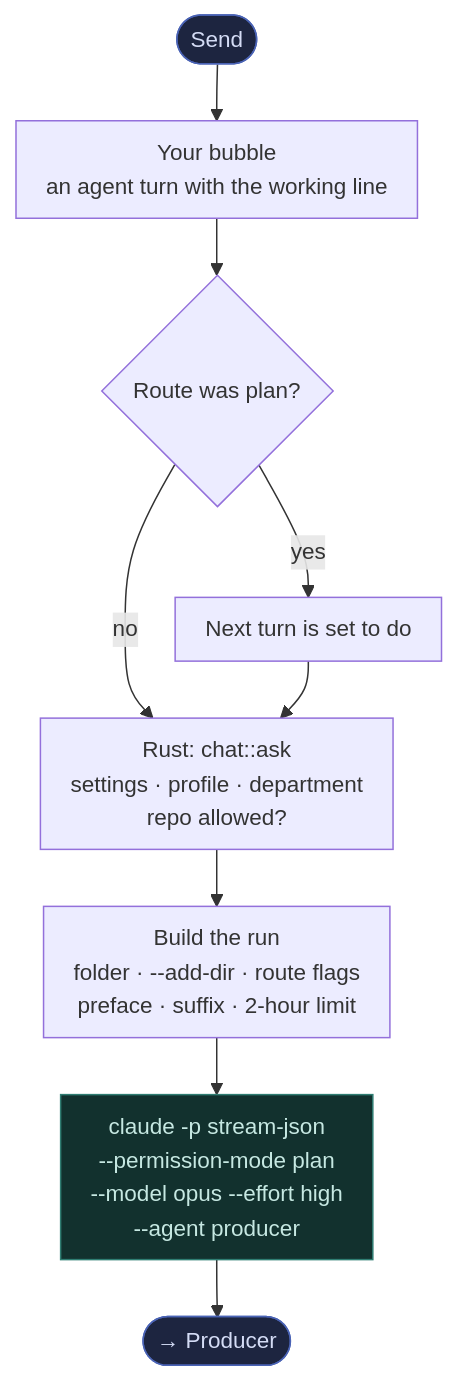
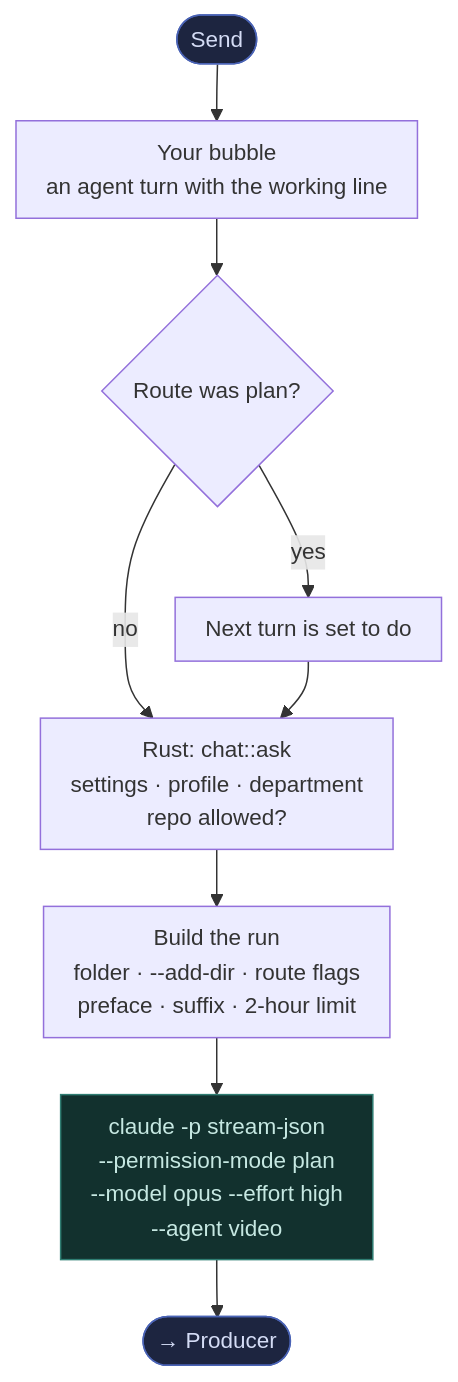
One commit to databayt/kun changed the third of 4 diagrams in content/docs/pipeline.mdx. Above: the diagram before and after it, drawn with Mermaid. The commit also changed other lines of this file and 133 other files, not shown here.

````diff
--- a/content/docs/pipeline.mdx
+++ b/content/docs/pipeline.mdx
@@ -161,19 +161,19 @@
 ```mermaid
 %%{init: {"fontFamily": "Geist, Arial, sans-serif", "themeVariables": {"fontSize": "15px", "fontFamily": "Geist, Arial, sans-serif"}, "flowchart": {"wrappingWidth": 230, "nodeSpacing": 30, "rankSpacing": 38, "padding": 10}}}%%
 flowchart TD
     S0(["Send"]):::done
     S0 --> S1["Your bubble<br/>an agent turn with the working line"]
     S1 --> S2{"Route was plan?"}
     S2 -- "yes" --> S3["Next turn is set to do"]
     S2 -- "no" --> S4
     S3 --> S4["Rust: chat::ask<br/>settings · profile · department<br/>repo allowed?"]
     S4 --> S5["Build the run<br/>folder · --add-dir · route flags<br/>preface · suffix · 2-hour limit"]
-    S5 --> C["claude -p stream-json<br/>--permission-mode plan<br/>--model opus --effort high<br/>--agent producer"]:::claude
+    S5 --> C["claude -p stream-json<br/>--permission-mode plan<br/>--model opus --effort high<br/>--agent video"]:::claude
     C --> N(["→ Producer"]):::done
 
     classDef you fill:#3b2f1e,stroke:#b58a3c,color:#f5e6c8;
     classDef claude fill:#12312e,stroke:#2f7d72,color:#c6e8e2;
     classDef ok fill:#16301c,stroke:#3c8a4f,color:#cfeed7;
     classDef bad fill:#2e1a16,stroke:#a6432f,color:#f0d2c9;
     classDef done fill:#1d2540,stroke:#4a63b5,color:#d4dcf5;
 ```
````
